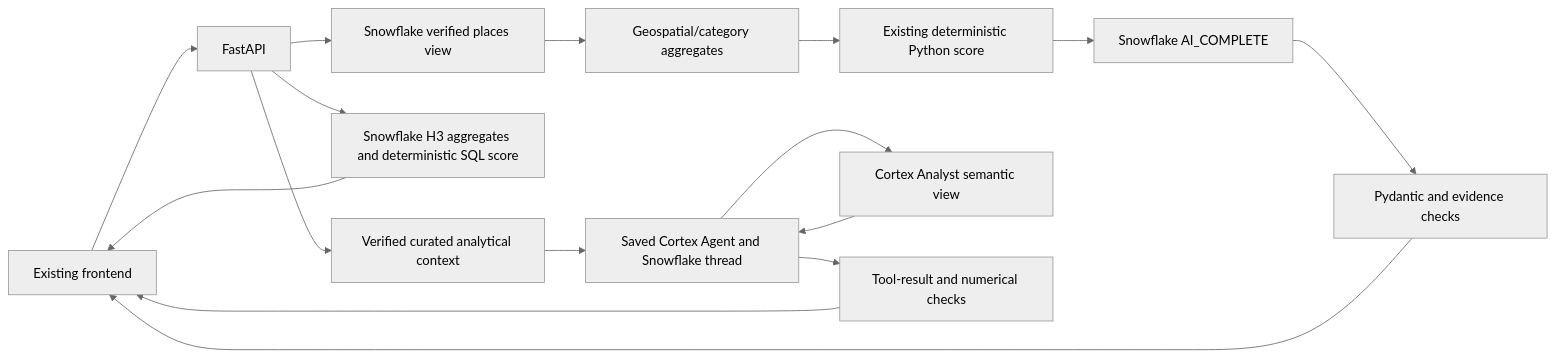
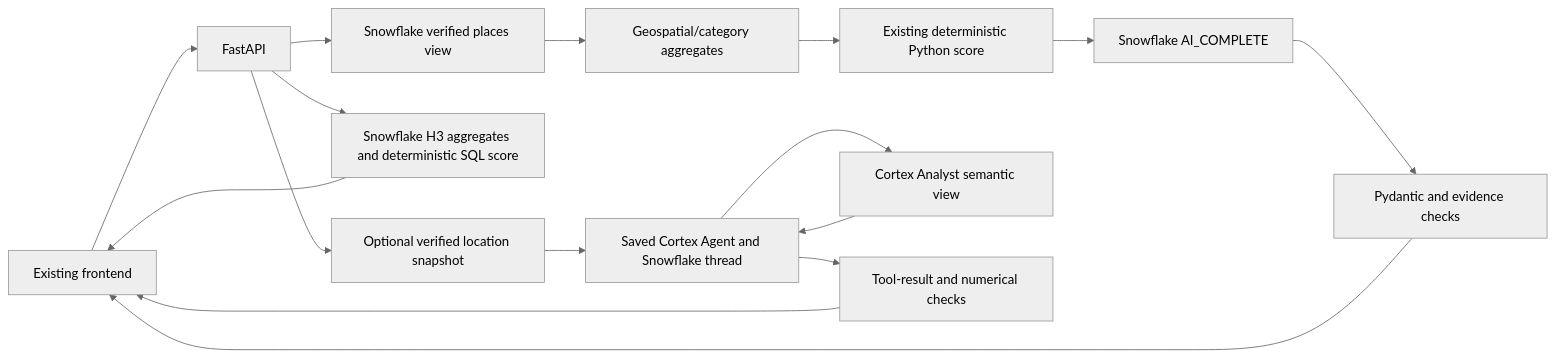
Before and after one commit to diego31anaya/WayPoint: the diagram in backend/docs/architecture.md, drawn with Mermaid (neutral theme). The commit also changed other lines of this file and 33 other files, not shown here.

````diff
--- a/backend/docs/architecture.md
+++ b/backend/docs/architecture.md
@@ -3,18 +3,18 @@
 ```mermaid
 flowchart LR
     UI[Existing frontend] --> API[FastAPI]
     API --> Places[Snowflake verified places view]
     Places --> Analytics[Geospatial/category aggregates]
     Analytics --> Score[Existing deterministic Python score]
     Score --> Complete[Snowflake AI_COMPLETE]
     Complete --> Validate[Pydantic and evidence checks]
     Validate --> UI
     API --> Grid[Snowflake H3 aggregates and deterministic SQL score]
     Grid --> UI
-    API --> Context[Verified curated analytical context]
+    API --> Context[Optional verified location snapshot]
     Context --> Agent[Saved Cortex Agent and Snowflake thread]
     Agent --> Analyst[Cortex Analyst semantic view]
     Analyst --> Agent
     Agent --> Guard[Tool-result and numerical checks]
     Guard --> UI
 ```
````
